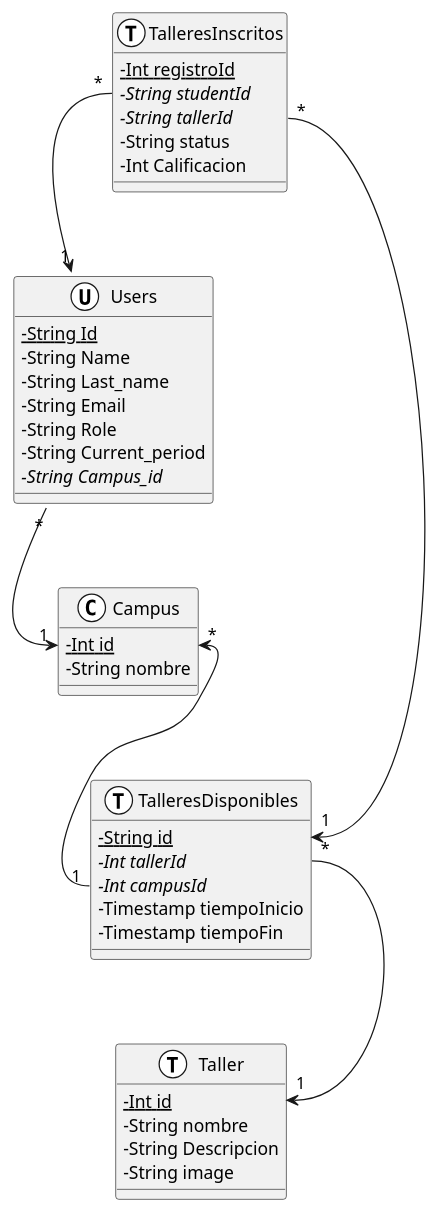
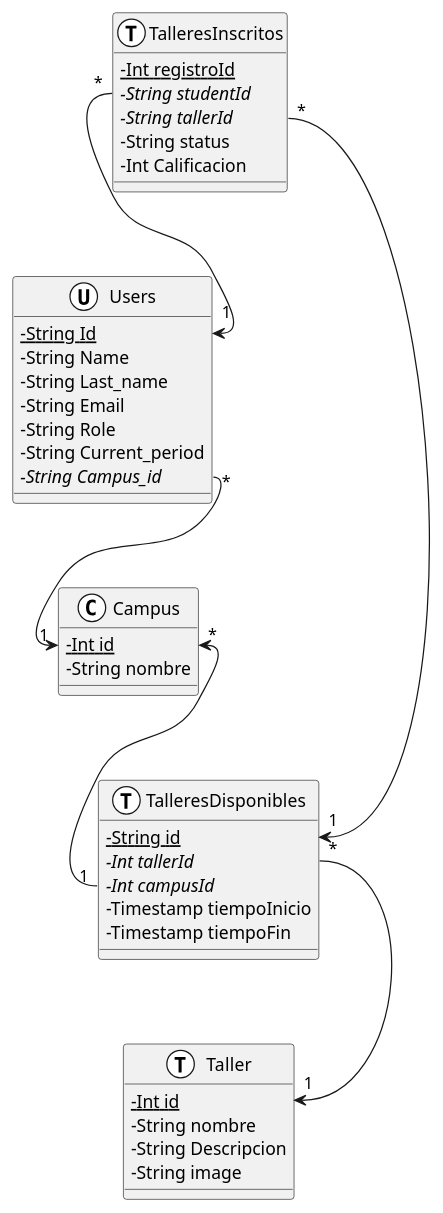
The diagram in Reto/Base de datos.md (facund015/codeRelatedObsidianNotes), drawn with PlantUML before and after one commit.

Commit message:
vault backup: 2021-12-01 18:01:03

````diff
--- a/Reto/Base de datos.md
+++ b/Reto/Base de datos.md
@@ -2,54 +2,50 @@
 ```plantuml
 @startuml
 skinparam classAttributeIconSize 0
 
 class Users <<(U,white)>> {
 	-{static} String Id
 	-String Name
 	-String Last_name
 	-String Email
 	-String Role
 	-String Current_period
 	{abstract} -String Campus_id
 }
 
 class Campus <<(C,white)>> {
 	{static} -Int id
 	-String nombre
 }
 
 class Taller <<(T,white)>> {
     {static} -Int id 
     - String nombre
 	- String Descripcion
     - String image
 }
 class TalleresDisponibles <<(T, white)>> {
 	{static} -String id
 	{abstract} -Int tallerId
 	{abstract} -Int campusId
 	-Timestamp tiempoInicio
 	-Timestamp tiempoFin
 }
 class TalleresInscritos <<(T,white)>> {
 	{static} -Int registroId 
 	{abstract} -String studentId
 	{abstract} -String tallerId
 	-String status
 	-Int Calificacion
 }
 
 
-
-
-
-
-TalleresInscritos::studentId "*" --> "1" Users::matricula
+TalleresInscritos::studentId "*" --> "1" Users::Id
 TalleresInscritos::tallerId "*" --> "1" TalleresDisponibles::id
 TalleresDisponibles::tallerId "*" --> "1" Taller::id
 Campus::id "*" <-- "1" TalleresDisponibles::campusId
-Users::campusId "*" --> "1" Campus::id
+Users::Campus_id "*" --> "1" Campus::id
 
 
 @enduml
 ```
````
